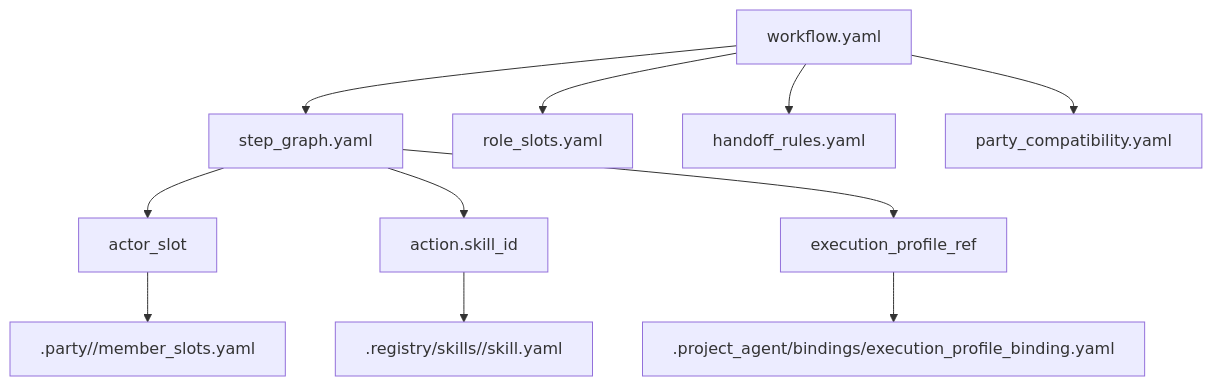
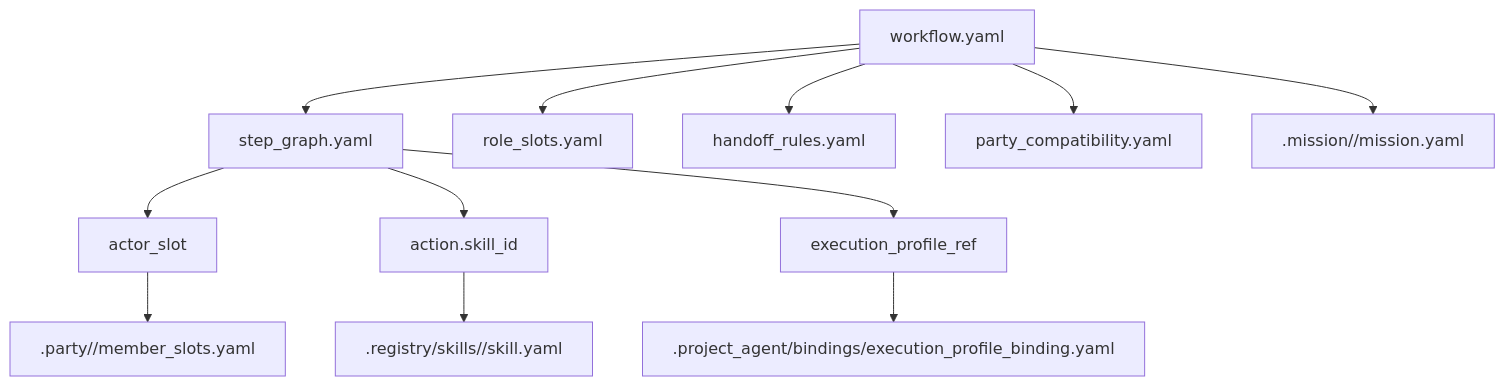
One commit to SungYongMOON/soulforge changed the first of 2 diagrams in .workflow/README.md. Above: the diagram before and after it, drawn with Mermaid. The commit also changed other lines of this file and 27 other files, not shown here.

````diff
--- a/.workflow/README.md
+++ b/.workflow/README.md
@@ -19,13 +19,14 @@
 ```mermaid
 flowchart TD
   WF["workflow.yaml"] --> SG["step_graph.yaml"]
   WF --> RS["role_slots.yaml"]
   WF --> HH["handoff_rules.yaml"]
   WF --> PC["party_compatibility.yaml"]
+  WF --> MI[".mission/<mission_id>/mission.yaml"]
   SG --> SLOT["actor_slot"]
   SG --> SK["action.skill_id"]
   SG --> EP["execution_profile_ref"]
   SLOT --> PT[".party/<party_id>/member_slots.yaml"]
   SK --> REG[".registry/skills/<skill_id>/skill.yaml"]
   EP --> BIND[".project_agent/bindings/execution_profile_binding.yaml"]
 ```
````
